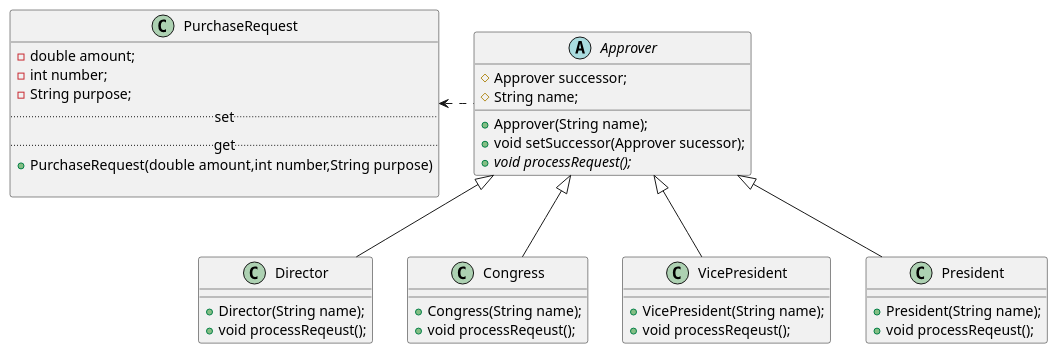
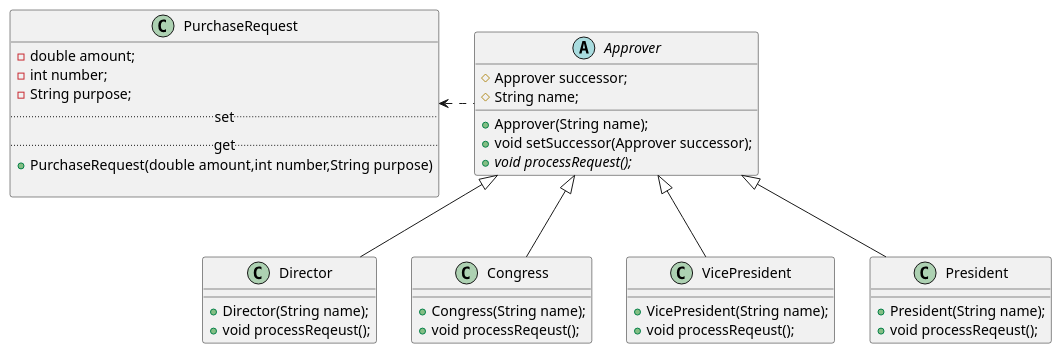
The diagram in design_model/src/main/java/example/designpattern/behavioral/chainofresponsibility/chain of responsibility.puml (lyszhen3/myWeb), drawn with PlantUML before and after one commit. The commit also changed 8 other files, not shown here.

```diff
--- a/design_model/src/main/java/example/designpattern/behavioral/chainofresponsibility/chain of responsibility.puml
+++ b/design_model/src/main/java/example/designpattern/behavioral/chainofresponsibility/chain of responsibility.puml
@@ -1,48 +1,48 @@
 @startuml
 
 abstract class Approver{
 #Approver successor;
 #String name;
 +Approver(String name);
-+void setSuccessor(Approver sucessor);
++void setSuccessor(Approver successor);
 +{abstract} void processRequest();
 }
 
 class Director{
 +Director(String name);
 +void processReqeust();
 }
 
 class Congress{
 +Congress(String name);
 +void processReqeust();
 }
 
 class VicePresident{
 +VicePresident(String name);
 +void processReqeust();
 }
 
 class President{
 +President(String name);
 +void processReqeust();
 }
 
 class PurchaseRequest{
 -double amount;
 -int number;
 -String purpose;
 ..set..
 ..get..
 +PurchaseRequest(double amount,int number,String purpose)
 
 }
 
 Director -up-|>Approver
 Congress -up-|>Approver
 VicePresident -up-|>Approver
 President -up-|>Approver
 
 Approver .left.>PurchaseRequest
 
 @enduml
```
